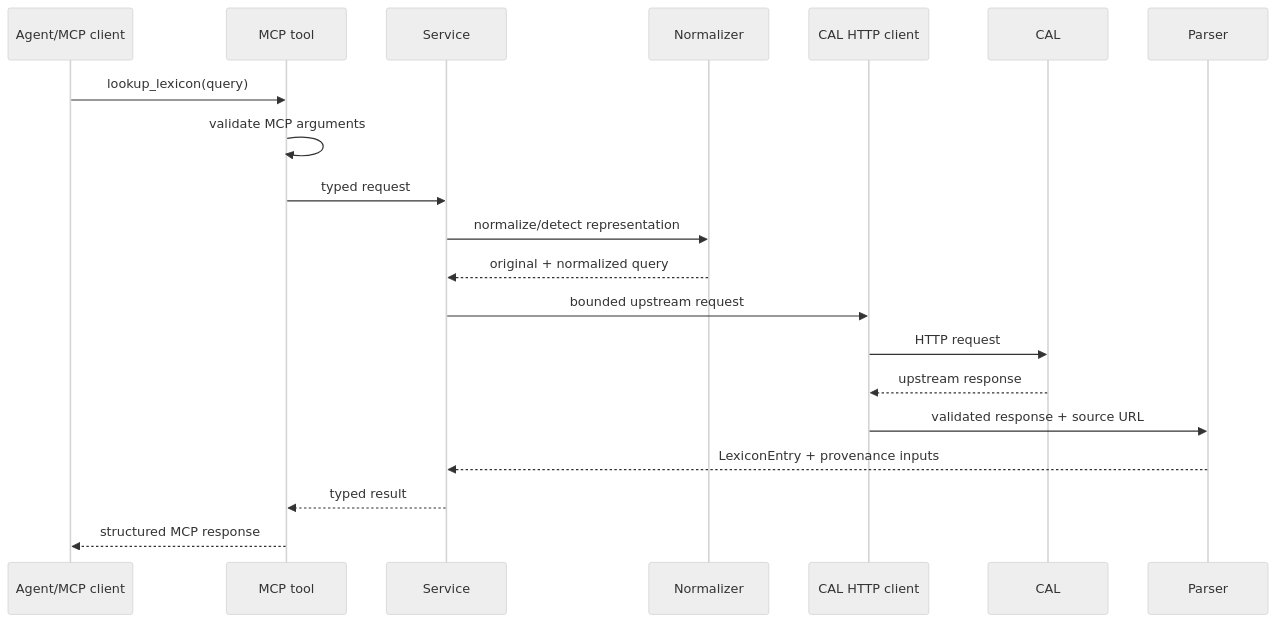
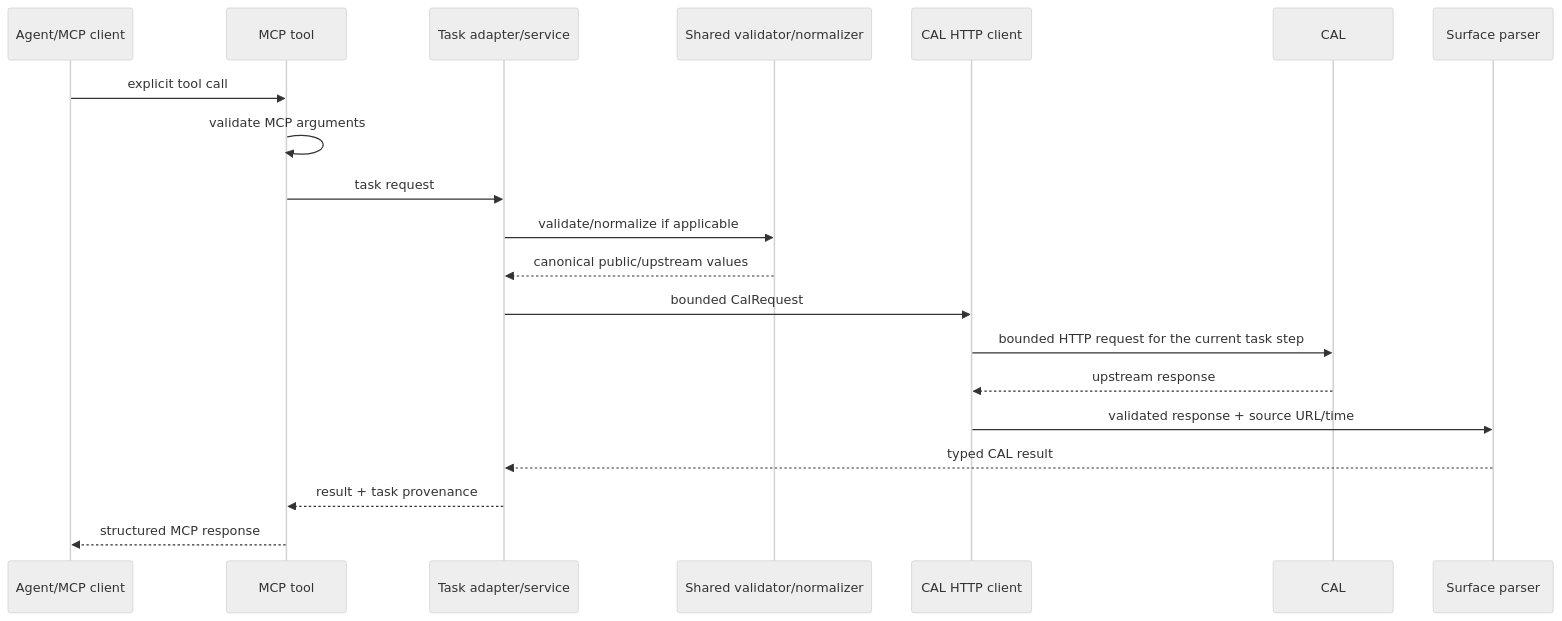
Before and after one commit to alexsosn/CAL-MCP: the fourth of 8 diagrams in wiki/architecture.md, drawn with Mermaid (neutral theme). The commit also changed other lines of this file and 20 other files, not shown here.

````diff
--- a/wiki/architecture.md
+++ b/wiki/architecture.md
@@ -225,23 +209,23 @@
 ```mermaid
 sequenceDiagram
     participant A as Agent/MCP client
     participant M as MCP tool
-    participant S as Service
-    participant N as Normalizer
+    participant S as Task adapter/service
+    participant N as Shared validator/normalizer
     participant H as CAL HTTP client
     participant C as CAL
-    participant P as Parser
+    participant P as Surface parser
 
-    A->>M: lookup_lexicon(query)
+    A->>M: explicit tool call
     M->>M: validate MCP arguments
-    M->>S: typed request
-    S->>N: normalize/detect representation
-    N-->>S: original + normalized query
-    S->>H: bounded upstream request
-    H->>C: HTTP request
+    M->>S: task request
+    S->>N: validate/normalize if applicable
+    N-->>S: canonical public/upstream values
+    S->>H: bounded CalRequest
+    H->>C: bounded HTTP request for the current task step
     C-->>H: upstream response
-    H->>P: validated response + source URL
-    P-->>S: LexiconEntry + provenance inputs
-    S-->>M: typed result
+    H->>P: validated response + source URL/time
+    P-->>S: typed CAL result
+    S-->>M: result + task provenance
     M-->>A: structured MCP response
 ```
````
